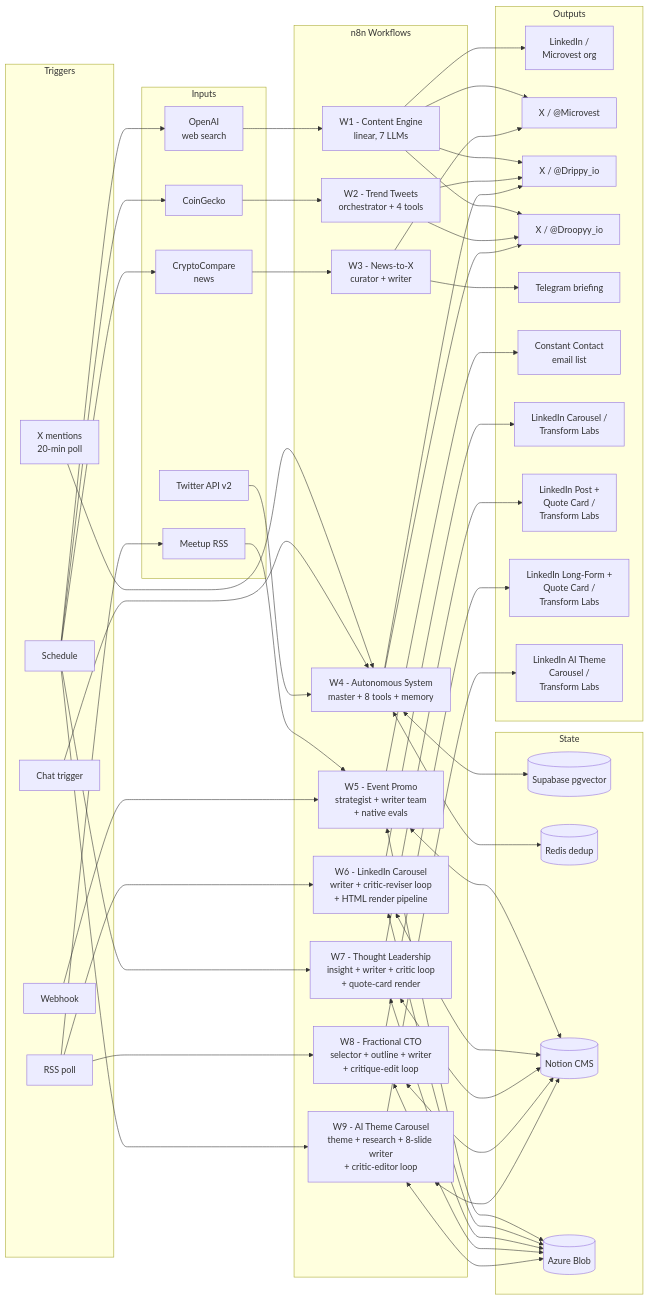
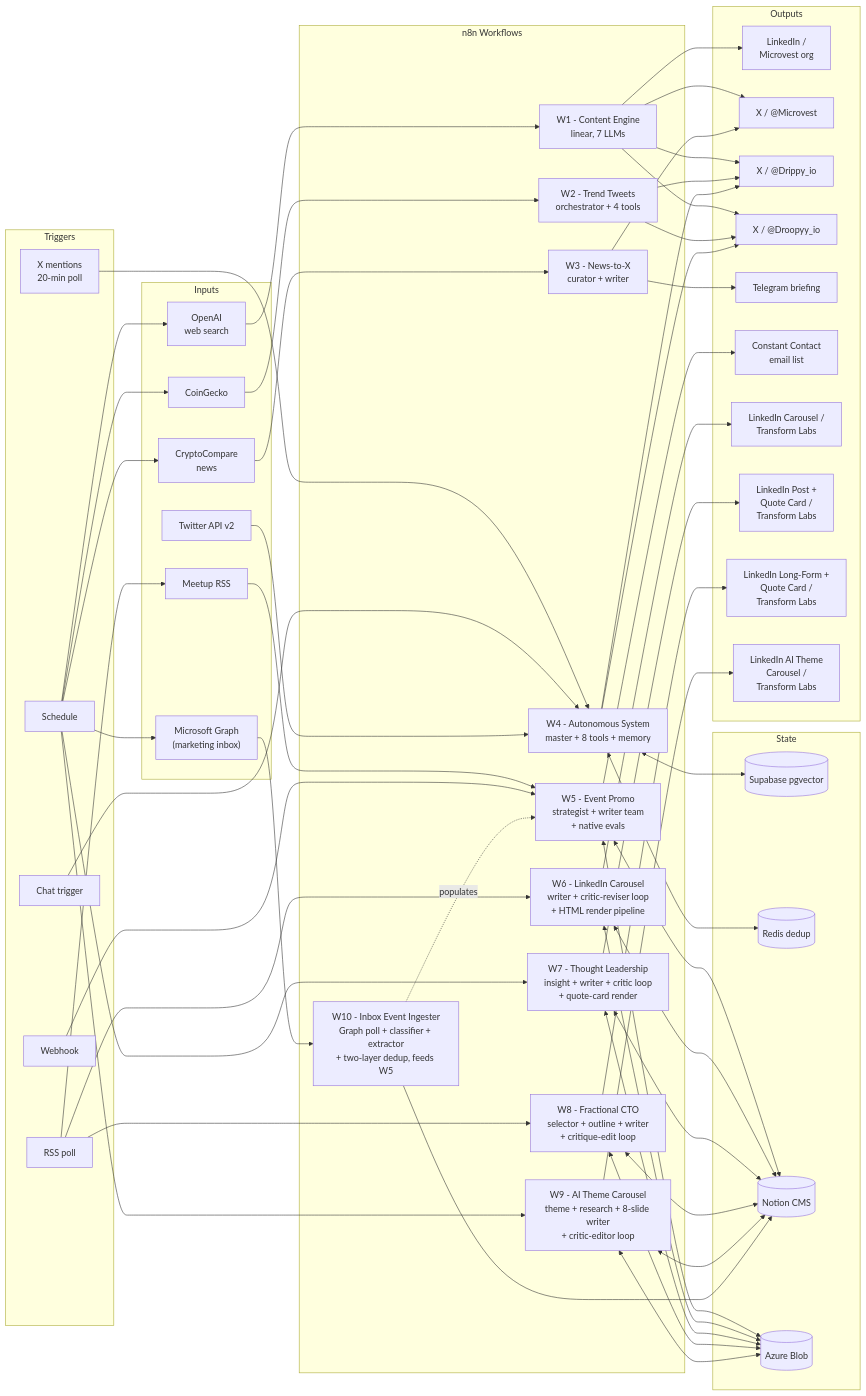
Before and after one commit to Talonsturgill/Automations: the diagram in README.md, drawn with Mermaid. The commit also changed other lines of this file and 2 other files, not shown here.

First line of the commit message:
Document W10 — Transform Labs Inbox Event Ingester (#7)

````diff
--- a/README.md
+++ b/README.md
@@ -66,6 +70,7 @@
         CC["CryptoCompare<br/>news"]
         TW["Twitter API v2"]
         MEET["Meetup RSS"]
+        MX["Microsoft Graph<br/>(marketing inbox)"]
     end
 
     subgraph engines["n8n Workflows"]
@@ -78,6 +83,7 @@
         W7["W7 - Thought Leadership<br/>insight + writer + critic loop<br/>+ quote-card render"]
         W8["W8 - Fractional CTO<br/>selector + outline + writer<br/>+ critique-edit loop"]
         W9["W9 - AI Theme Carousel<br/>theme + research + 8-slide writer<br/>+ critic-editor loop"]
+        W10["W10 - Inbox Event Ingester<br/>Graph poll + classifier + extractor<br/>+ two-layer dedup, feeds W5"]
     end
 
     subgraph memory["State"]
@@ -143,4 +149,8 @@
     W9 <--> NOT
     W9 <--> BLOB
     W9 --> LA
+    S1 --> MX
+    MX --> W10
+    W10 --> NOT
+    W10 -. populates .-> W5
 ```
````
